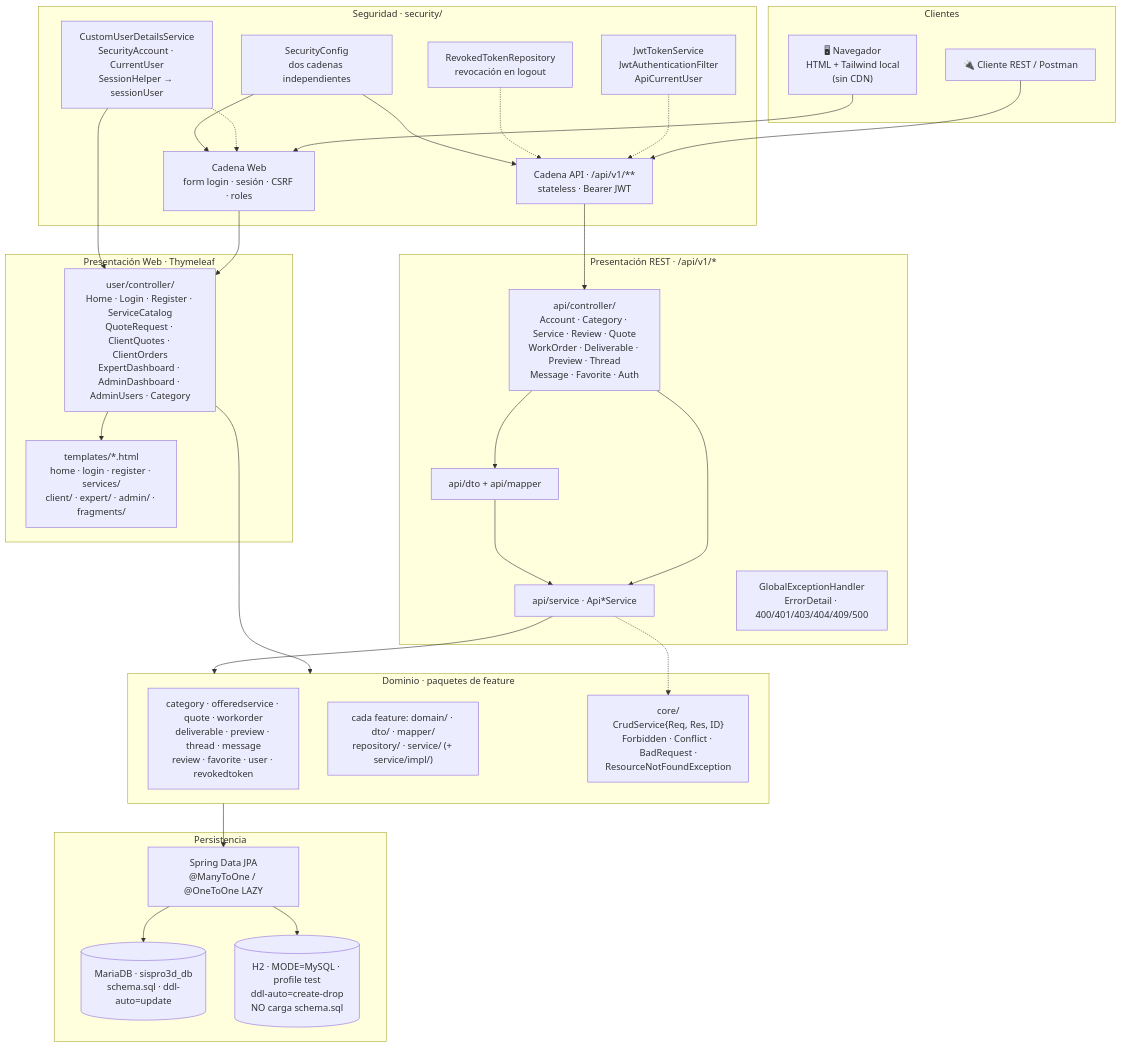
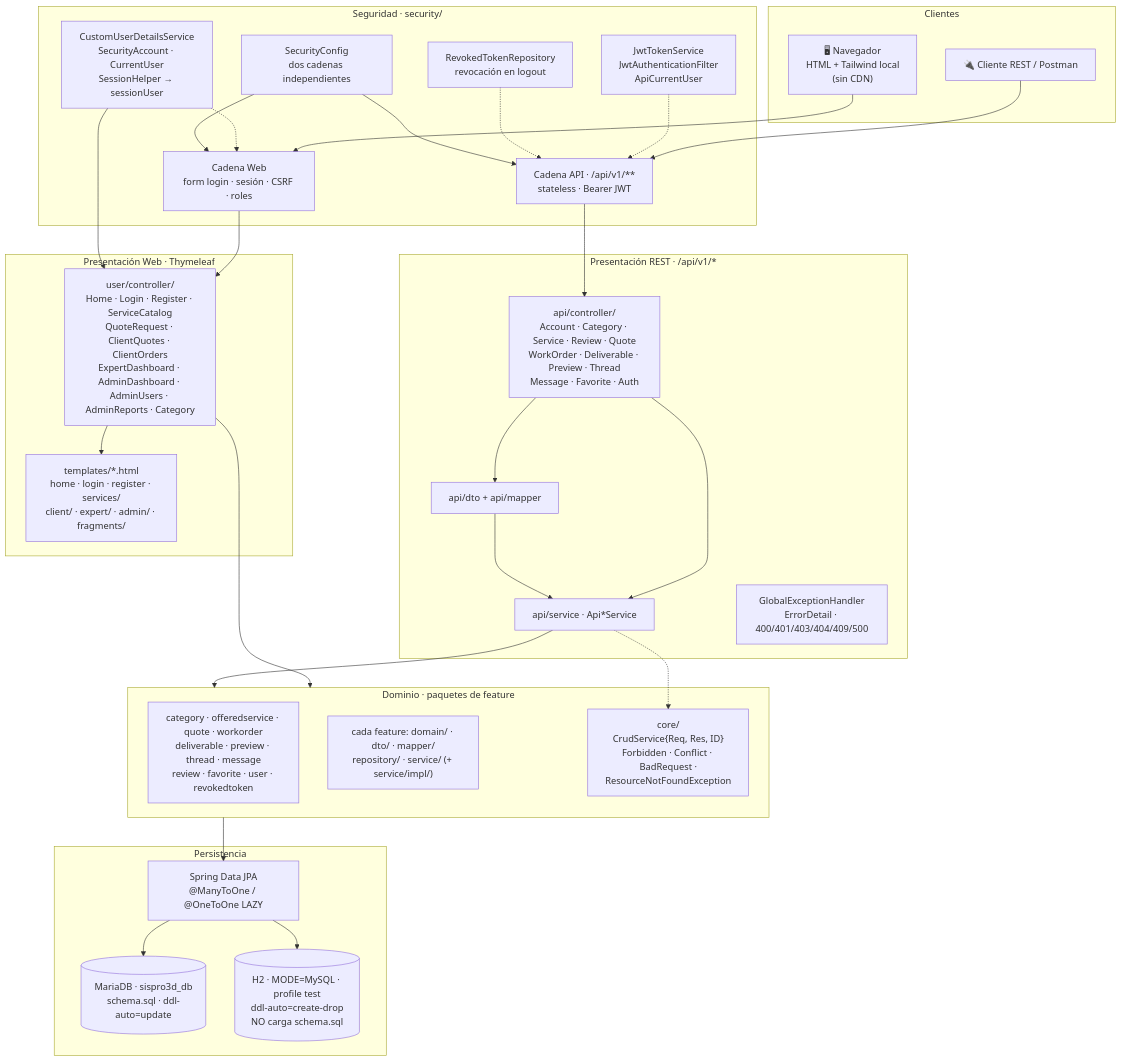
The first of 2 diagrams in docs/architecture.md (Blairi/SISPRO3D), drawn with Mermaid before and after one commit. The commit also changed 1 other file, not shown here.

Commit message:
docs(sispro): document the admin reports page

````diff
--- a/docs/architecture.md
+++ b/docs/architecture.md
@@ -8,64 +8,64 @@
 ```mermaid
 flowchart TB
     subgraph Cliente["Clientes"]
         Nav["🖥 Navegador<br/>HTML + Tailwind local<br/>(sin CDN)"]
         ApiCli["🔌 Cliente REST / Postman"]
     end
 
     subgraph Seguridad["Seguridad · security/"]
         SecConfig["SecurityConfig<br/>dos cadenas independientes"]
         WebChain["Cadena Web<br/>form login · sesión · CSRF · roles"]
         ApiChain["Cadena API · /api/v1/**<br/>stateless · Bearer JWT"]
         Jwt["JwtTokenService<br/>JwtAuthenticationFilter<br/>ApiCurrentUser"]
         Rev["RevokedTokenRepository<br/>revocación en logout"]
         Session["CustomUserDetailsService<br/>SecurityAccount · CurrentUser<br/>SessionHelper → sessionUser"]
     end
 
     subgraph WebStack["Presentación Web · Thymeleaf"]
-        WC["user/controller/<br/>Home · Login · Register · ServiceCatalog<br/>QuoteRequest · ClientQuotes · ClientOrders<br/>ExpertDashboard · AdminDashboard · AdminUsers · Category"]
+        WC["user/controller/<br/>Home · Login · Register · ServiceCatalog<br/>QuoteRequest · ClientQuotes · ClientOrders<br/>ExpertDashboard · AdminDashboard · AdminUsers · AdminReports · Category"]
         Templates["templates/*.html<br/>home · login · register · services/<br/>client/ · expert/ · admin/ · fragments/"]
     end
 
     subgraph ApiStack["Presentación REST · /api/v1/*"]
         AC["api/controller/<br/>Account · Category · Service · Review · Quote<br/>WorkOrder · Deliverable · Preview · Thread<br/>Message · Favorite · Auth"]
         ADTO["api/dto + api/mapper"]
         ASE["api/service · Api*Service"]
         AEH["GlobalExceptionHandler<br/>ErrorDetail · 400/401/403/404/409/500"]
     end
 
     subgraph Dominio["Dominio · paquetes de feature"]
         Feature["category · offeredservice · quote · workorder<br/>deliverable · preview · thread · message<br/>review · favorite · user · revokedtoken"]
         Layers["cada feature: domain/ · dto/ · mapper/<br/>repository/ · service/ (+ service/impl/)"]
         Core["core/<br/>CrudService{Req, Res, ID}<br/>Forbidden · Conflict · BadRequest ·<br/>ResourceNotFoundException"]
     end
 
     subgraph Datos["Persistencia"]
         Repos["Spring Data JPA<br/>@ManyToOne / @OneToOne LAZY"]
         DB[("MariaDB · sispro3d_db<br/>schema.sql · ddl-auto=update")]
         H2[("H2 · MODE=MySQL · profile test<br/>ddl-auto=create-drop<br/>NO carga schema.sql")]
     end
 
     Nav --> WebChain
     ApiCli --> ApiChain
     Jwt -.-> ApiChain
     Rev -.-> ApiChain
     Session -.-> WebChain
     SecConfig --> WebChain
     SecConfig --> ApiChain
 
     WebChain --> WC
     WC --> Templates
     Session --> WC
     WC --> Dominio
 
     ApiChain --> AC
     AC --> ADTO
     AC --> ASE
     ASE --> Dominio
     ASE -.-> Core
     ADTO --> ASE
 
     Dominio --> Repos
     Repos --> DB
     Repos --> H2
 ```
````
